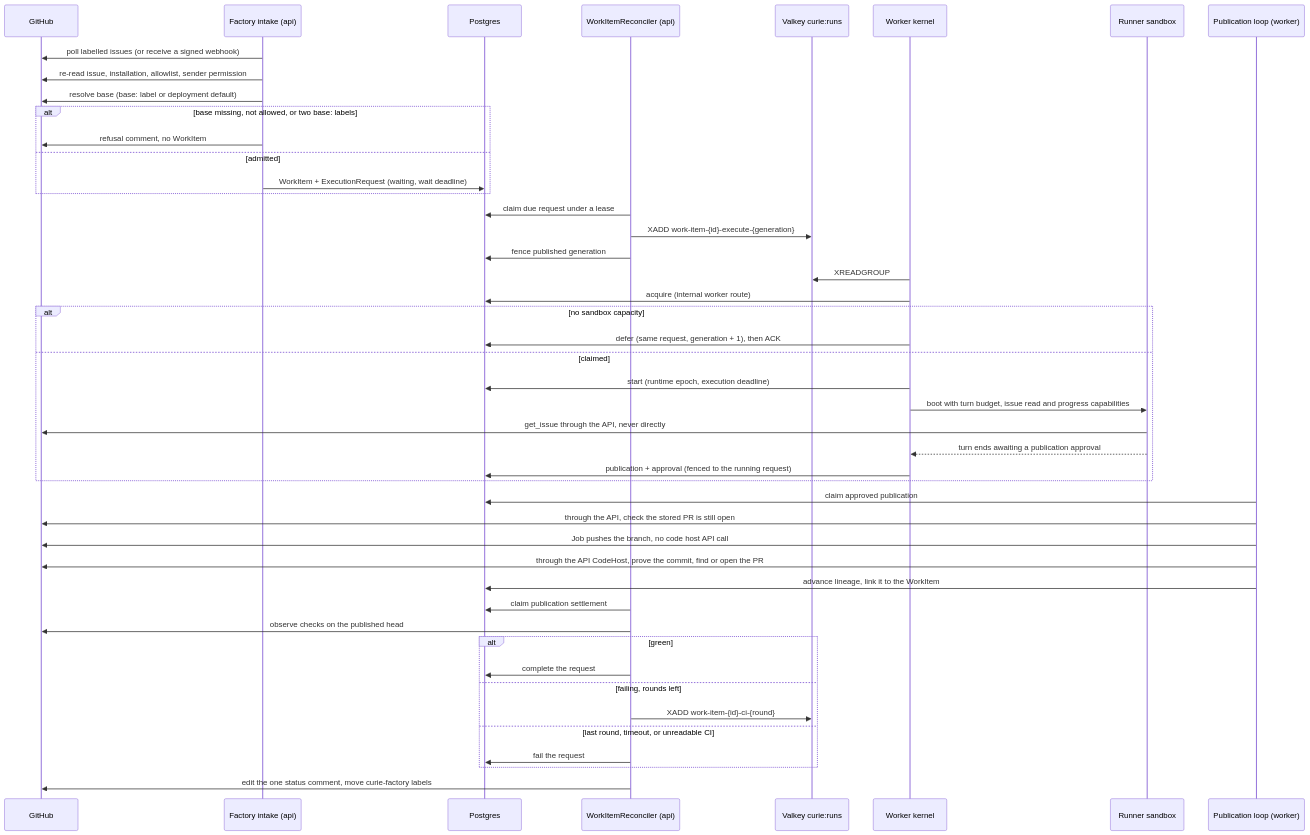
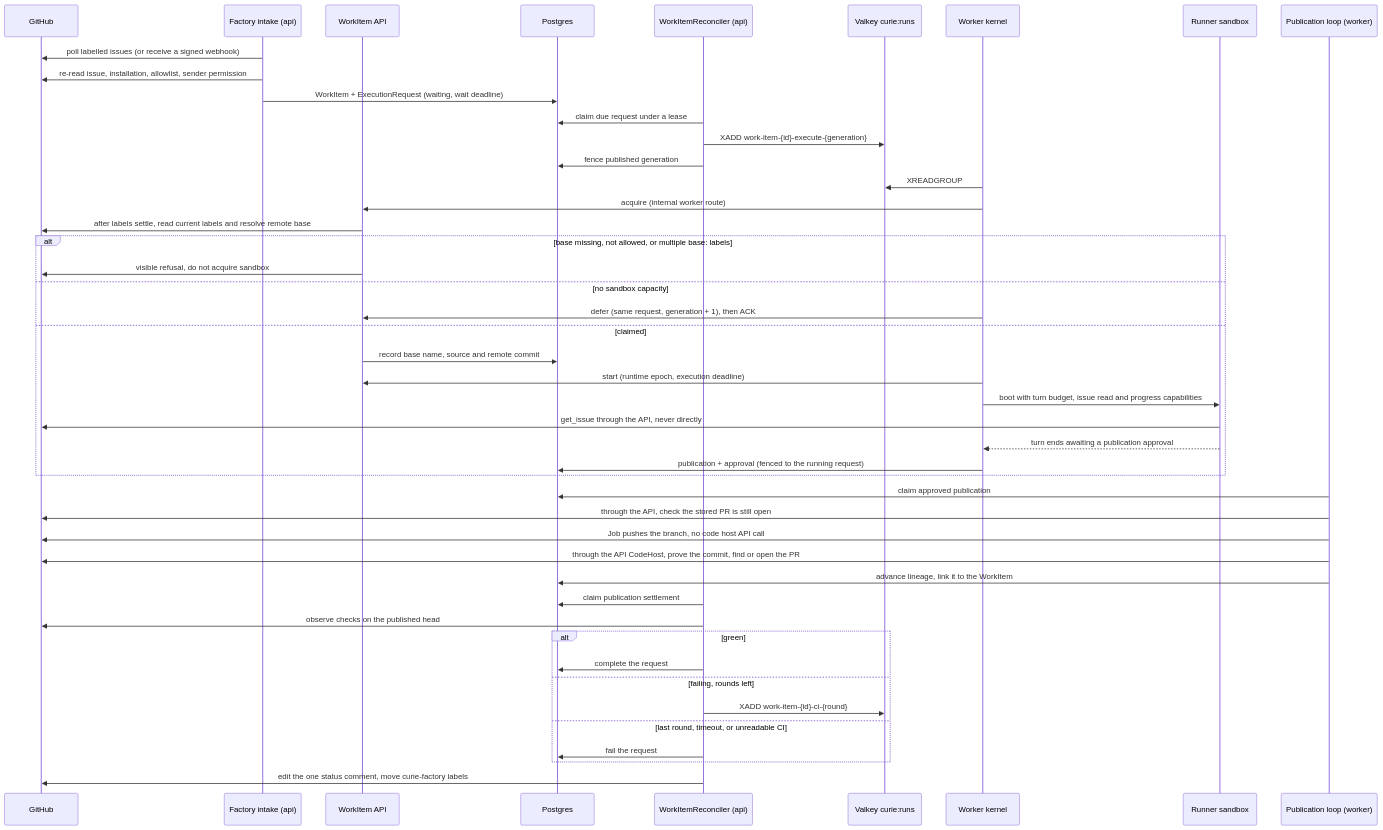
One commit to curie-eng/curie changed the fifth of 5 diagrams in ARCHITECTURE.md. Above: the diagram before and after it, drawn with Mermaid. The commit also changed other lines of this file and 76 other files, not shown here.

````diff
--- a/ARCHITECTURE.md
+++ b/ARCHITECTURE.md
@@ -943,49 +945,49 @@
 ```mermaid
 sequenceDiagram
     participant GH as GitHub
     participant I as Factory intake (api)
+    participant A as WorkItem API
     participant DB as Postgres
     participant R as WorkItemReconciler (api)
     participant V as Valkey curie:runs
     participant W as Worker kernel
     participant S as Runner sandbox
     participant P as Publication loop (worker)
 
     I->>GH: poll labelled issues (or receive a signed webhook)
     I->>GH: re-read issue, installation, allowlist, sender permission
-    I->>GH: resolve base (base: label or deployment default)
-    alt base missing, not allowed, or two base: labels
-        I->>GH: refusal comment, no WorkItem
-    else admitted
-        I->>DB: WorkItem + ExecutionRequest (waiting, wait deadline)
-    end
+    I->>DB: WorkItem + ExecutionRequest (waiting, wait deadline)
     R->>DB: claim due request under a lease
     R->>V: XADD work-item-{id}-execute-{generation}
     R->>DB: fence published generation
     W->>V: XREADGROUP
-    W->>DB: acquire (internal worker route)
-    alt no sandbox capacity
-        W->>DB: defer (same request, generation + 1), then ACK
+    W->>A: acquire (internal worker route)
+    A->>GH: after labels settle, read current labels and resolve remote base
+    alt base missing, not allowed, or multiple base: labels
+        A->>GH: visible refusal, do not acquire sandbox
+    else no sandbox capacity
+        W->>A: defer (same request, generation + 1), then ACK
     else claimed
-        W->>DB: start (runtime epoch, execution deadline)
+        A->>DB: record base name, source and remote commit
+        W->>A: start (runtime epoch, execution deadline)
         W->>S: boot with turn budget, issue read and progress capabilities
         S->>GH: get_issue through the API, never directly
         S-->>W: turn ends awaiting a publication approval
         W->>DB: publication + approval (fenced to the running request)
     end
     P->>DB: claim approved publication
     P->>GH: through the API, check the stored PR is still open
     P->>GH: Job pushes the branch, no code host API call
     P->>GH: through the API CodeHost, prove the commit, find or open the PR
     P->>DB: advance lineage, link it to the WorkItem
     R->>DB: claim publication settlement
     R->>GH: observe checks on the published head
     alt green
         R->>DB: complete the request
     else failing, rounds left
         R->>V: XADD work-item-{id}-ci-{round}
     else last round, timeout, or unreadable CI
         R->>DB: fail the request
     end
     R->>GH: edit the one status comment, move curie-factory labels
 ```
````
